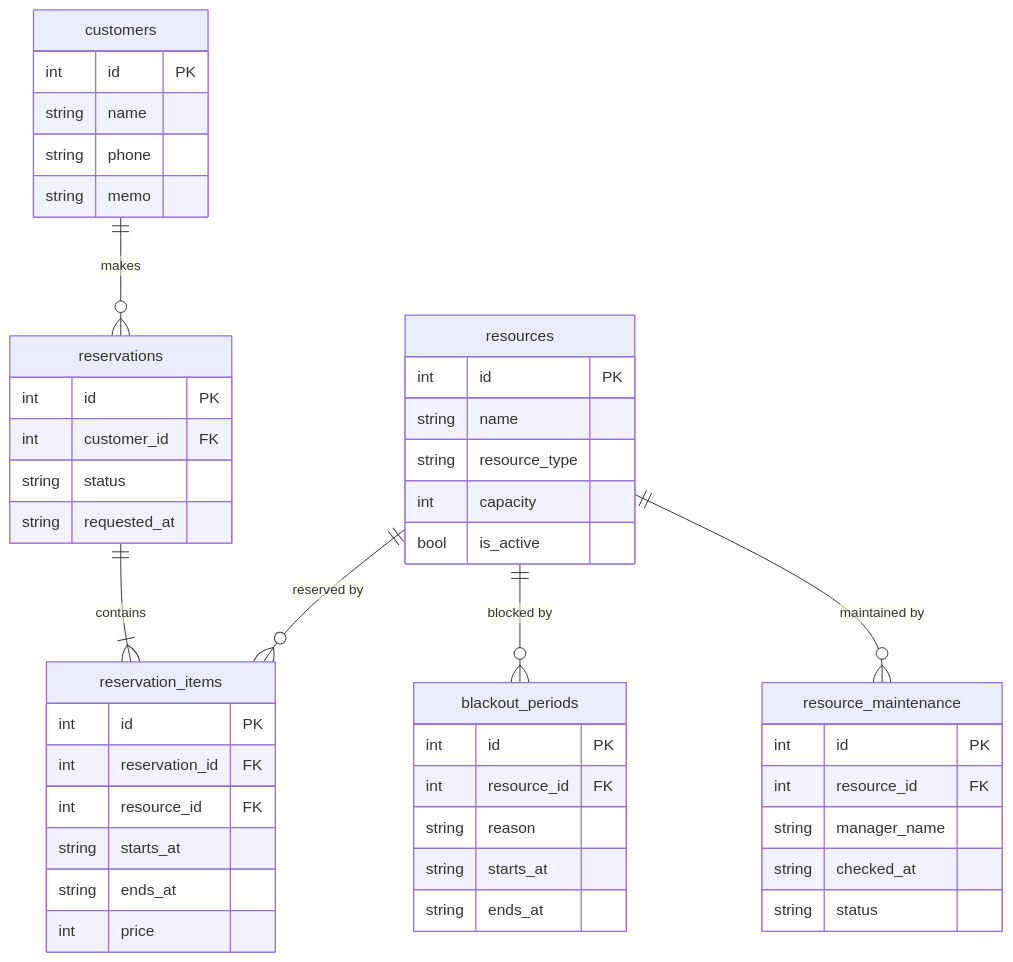
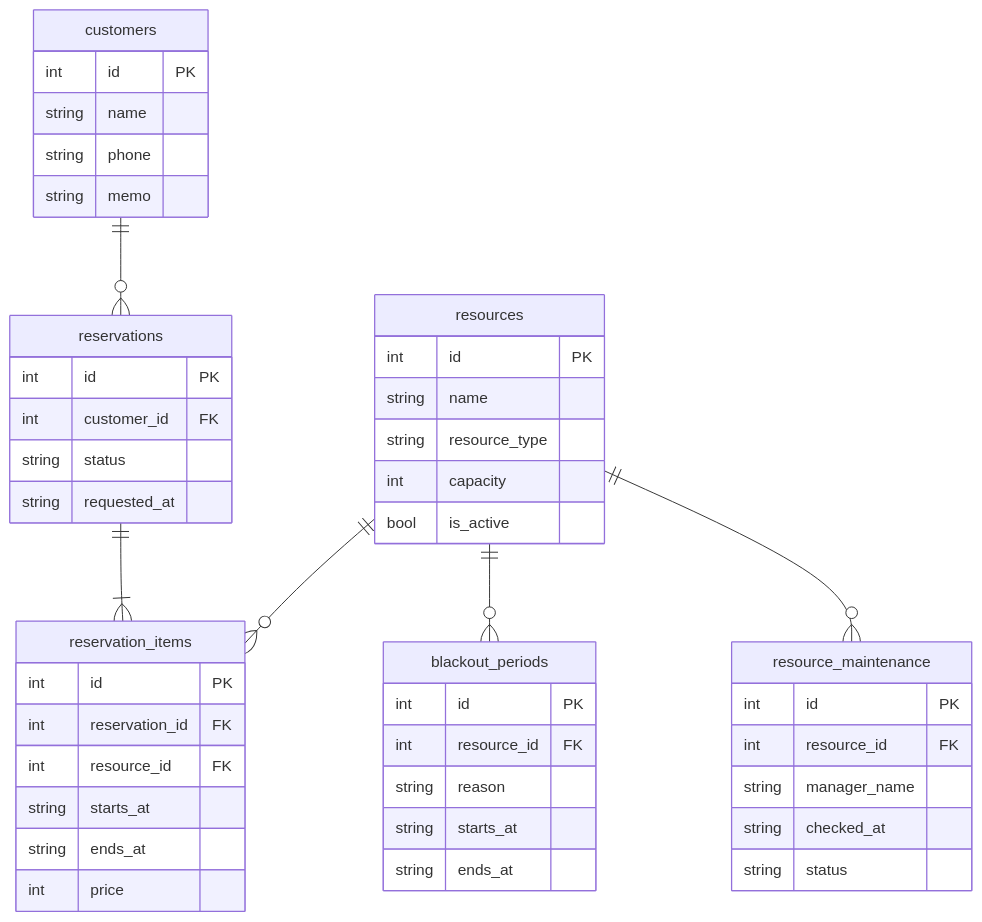
One commit to dota-pilot1/towercrane-for-uiux changed the diagram in towercrane-for-uiux-server/src/sql-practice/seeds/05_reservation_schedule.mmd. Above: the diagram before and after it, drawn with Mermaid. The commit also changed 11 other files, not shown here.

Commit message:
style: ERD 관계선 레이블 제거 — 까마귀발 표기법으로 충분

```diff
--- a/towercrane-for-uiux-server/src/sql-practice/seeds/05_reservation_schedule.mmd
+++ b/towercrane-for-uiux-server/src/sql-practice/seeds/05_reservation_schedule.mmd
@@ -1,48 +1,48 @@
 erDiagram
-    customers ||--o{ reservations : "makes"
-    reservations ||--|{ reservation_items : "contains"
-    resources ||--o{ reservation_items : "reserved by"
-    resources ||--o{ blackout_periods : "blocked by"
-    resources ||--o{ resource_maintenance : "maintained by"
+    customers ||--o{ reservations : ""
+    reservations ||--|{ reservation_items : ""
+    resources ||--o{ reservation_items : ""
+    resources ||--o{ blackout_periods : ""
+    resources ||--o{ resource_maintenance : ""
 
     resources {
         int id PK
         string name
         string resource_type
         int capacity
         bool is_active
     }
     customers {
         int id PK
         string name
         string phone
         string memo
     }
     reservations {
         int id PK
         int customer_id FK
         string status
         string requested_at
     }
     reservation_items {
         int id PK
         int reservation_id FK
         int resource_id FK
         string starts_at
         string ends_at
         int price
     }
     blackout_periods {
         int id PK
         int resource_id FK
         string reason
         string starts_at
         string ends_at
     }
     resource_maintenance {
         int id PK
         int resource_id FK
         string manager_name
         string checked_at
         string status
     }
```
